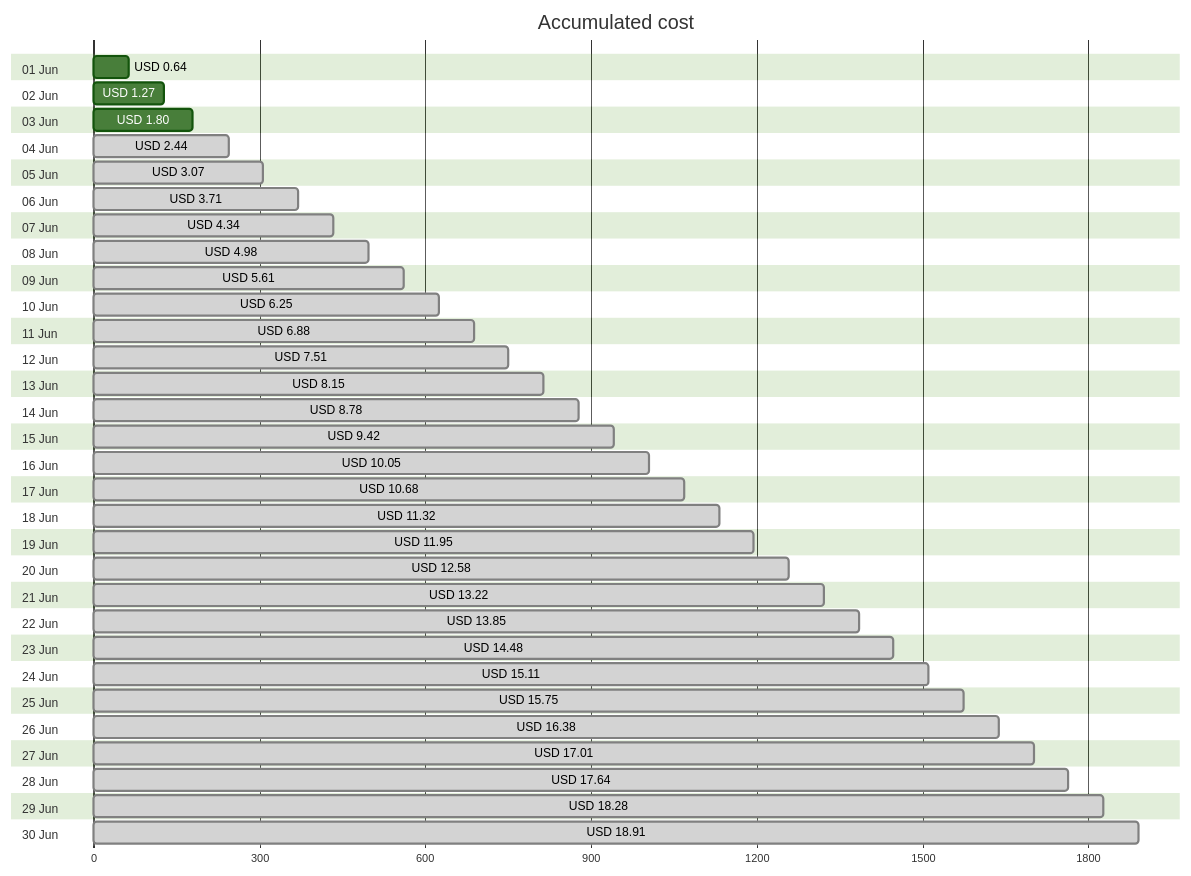
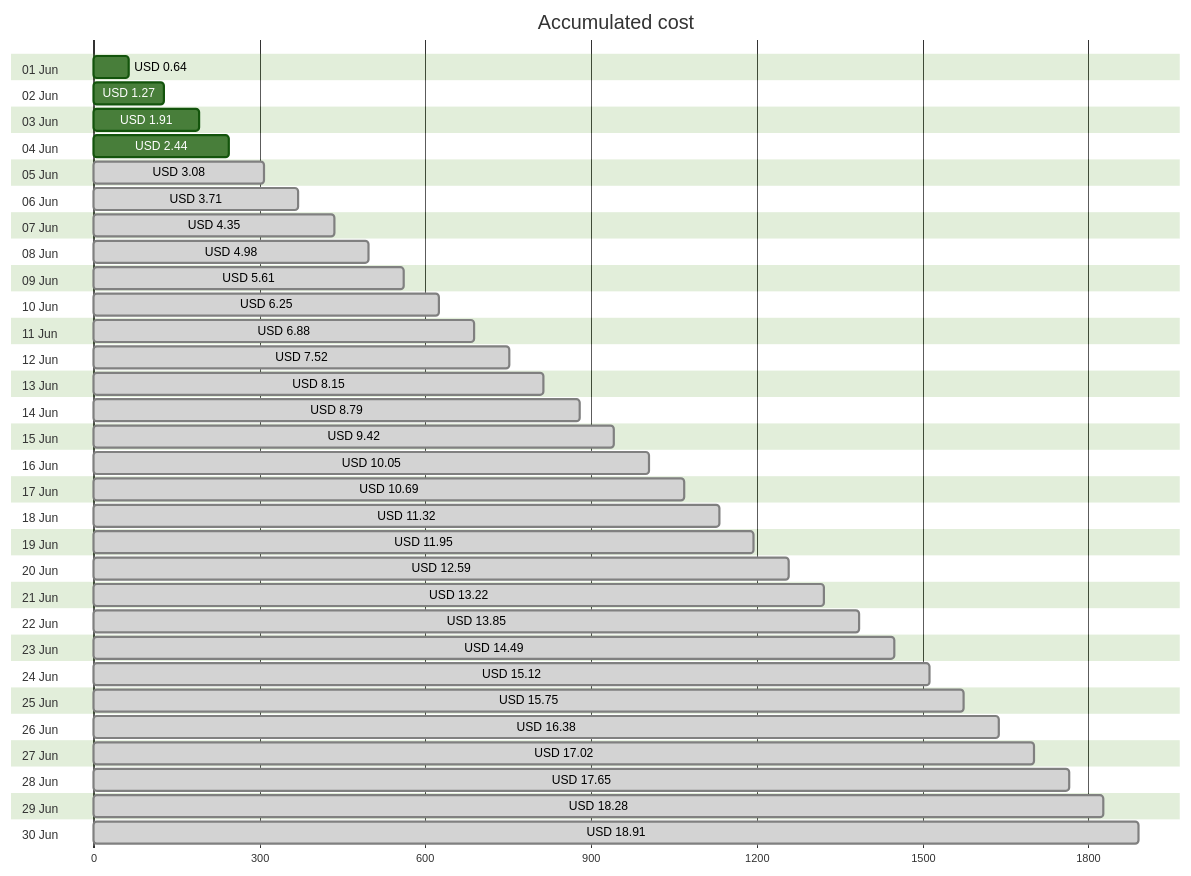
The first of 4 diagrams in cost-reports/accumulated-cost.md (jpfulton/azure-personal-reports), drawn with Mermaid (forest theme) before and after one commit. The commit also changed other lines of this file and 4 other files, not shown here.

````diff
--- a/cost-reports/accumulated-cost.md
+++ b/cost-reports/accumulated-cost.md
@@ -20,66 +20,66 @@
 ```mermaid
 gantt
    title Accumulated cost
    dateFormat  X
    axisFormat %s
    section 01 Jun
    USD 0.64 :0, 64
    section 02 Jun
    USD 1.27 :0, 127
    section 03 Jun
-   USD 1.80 :0, 180
+   USD 1.91 :0, 191
    section 04 Jun
-   USD 2.44 : done, 0, 244
+   USD 2.44 :0, 244
    section 05 Jun
-   USD 3.07 : done, 0, 307
+   USD 3.08 : done, 0, 308
    section 06 Jun
    USD 3.71 : done, 0, 371
    section 07 Jun
-   USD 4.34 : done, 0, 434
+   USD 4.35 : done, 0, 435
    section 08 Jun
    USD 4.98 : done, 0, 498
    section 09 Jun
    USD 5.61 : done, 0, 561
    section 10 Jun
    USD 6.25 : done, 0, 625
    section 11 Jun
    USD 6.88 : done, 0, 688
    section 12 Jun
-   USD 7.51 : done, 0, 751
+   USD 7.52 : done, 0, 752
    section 13 Jun
    USD 8.15 : done, 0, 815
    section 14 Jun
-   USD 8.78 : done, 0, 878
+   USD 8.79 : done, 0, 879
    section 15 Jun
    USD 9.42 : done, 0, 942
    section 16 Jun
    USD 10.05 : done, 0, 1005
    section 17 Jun
-   USD 10.68 : done, 0, 1068
+   USD 10.69 : done, 0, 1069
    section 18 Jun
    USD 11.32 : done, 0, 1132
    section 19 Jun
    USD 11.95 : done, 0, 1195
    section 20 Jun
-   USD 12.58 : done, 0, 1258
+   USD 12.59 : done, 0, 1259
    section 21 Jun
    USD 13.22 : done, 0, 1322
    section 22 Jun
    USD 13.85 : done, 0, 1385
    section 23 Jun
-   USD 14.48 : done, 0, 1448
+   USD 14.49 : done, 0, 1449
    section 24 Jun
-   USD 15.11 : done, 0, 1511
+   USD 15.12 : done, 0, 1512
    section 25 Jun
    USD 15.75 : done, 0, 1575
    section 26 Jun
    USD 16.38 : done, 0, 1638
    section 27 Jun
-   USD 17.01 : done, 0, 1701
+   USD 17.02 : done, 0, 1702
    section 28 Jun
-   USD 17.64 : done, 0, 1764
+   USD 17.65 : done, 0, 1765
    section 29 Jun
    USD 18.28 : done, 0, 1828
    section 30 Jun
    USD 18.91 : done, 0, 1891
 ```
````
